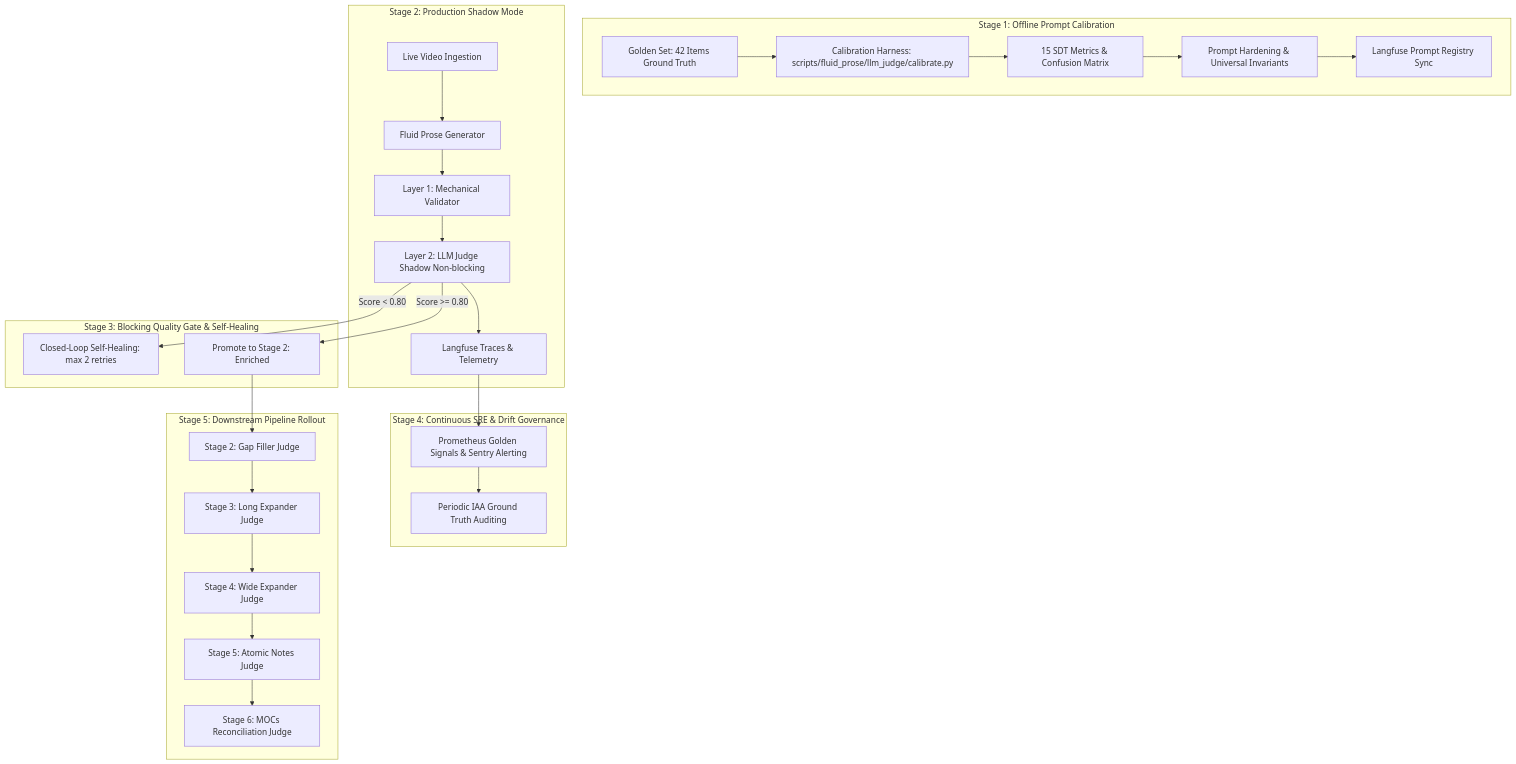
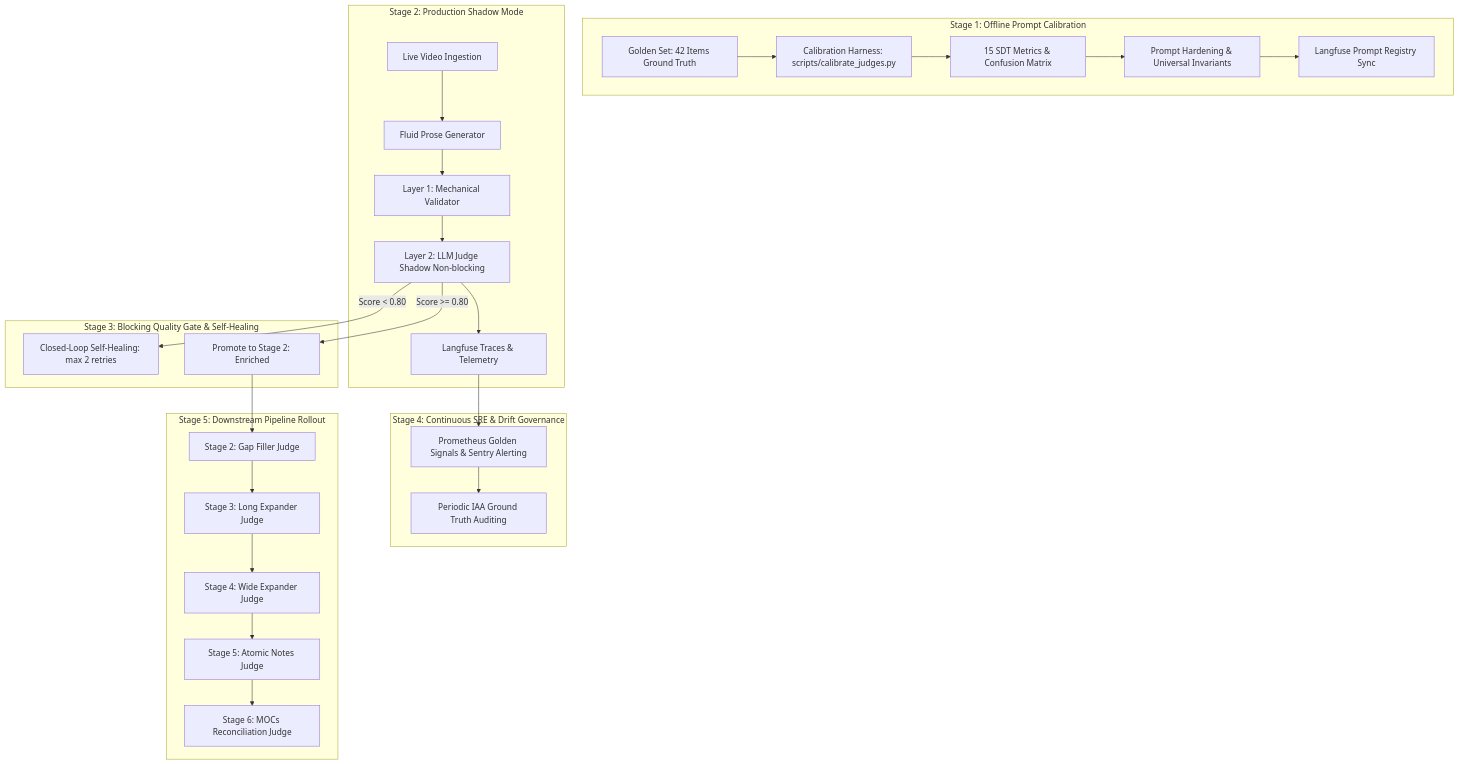
The diagram in docs/adr/ADR-039-fluid-prose-canonical-judge-criteria-and-mechanical-gates.md (faustostangler/PES), drawn with Mermaid before and after one commit. The commit also changed other lines of this file and 14 other files, not shown here.

Commit message:
feat: establish canonical fluid prose judge criteria, calibration harness, and mechanical gates

````diff
--- a/docs/adr/ADR-039-fluid-prose-canonical-judge-criteria-and-mechanical-gates.md
+++ b/docs/adr/ADR-039-fluid-prose-canonical-judge-criteria-and-mechanical-gates.md
@@ -30,34 +30,34 @@
 ```mermaid
 graph TD
     subgraph "Stage 1: Offline Prompt Calibration"
-        GS[Golden Set: 42 Items Ground Truth] --> CAL[Calibration Harness: scripts/fluid_prose/llm_judge/calibrate.py]
+        GS[Golden Set: 42 Items Ground Truth] --> CAL[Calibration Harness: scripts/calibrate_judges.py]
         CAL --> SDT[15 SDT Metrics & Confusion Matrix]
         SDT --> OPT[Prompt Hardening & Universal Invariants]
         OPT --> SEED[Langfuse Prompt Registry Sync]
     end
 
     subgraph "Stage 2: Production Shadow Mode"
         PROD[Live Video Ingestion] --> ST1[Fluid Prose Generator]
         ST1 --> L1[Layer 1: Mechanical Validator]
         L1 --> L2[Layer 2: LLM Judge Shadow Non-blocking]
         L2 --> LF[Langfuse Traces & Telemetry]
     end
 
     subgraph "Stage 3: Blocking Quality Gate & Self-Healing"
         L2 -->|Score < 0.80| RETRY[Closed-Loop Self-Healing: max 2 retries]
         L2 -->|Score >= 0.80| APPR[Promote to Stage 2: Enriched]
     end
 
     subgraph "Stage 4: Continuous SRE & Drift Governance"
         LF --> PROM[Prometheus Golden Signals & Sentry Alerting]
         PROM --> AUDIT[Periodic IAA Ground Truth Auditing]
     end
 
     subgraph "Stage 5: Downstream Pipeline Rollout"
         APPR --> NEXT1[Stage 2: Gap Filler Judge]
         NEXT1 --> NEXT2[Stage 3: Long Expander Judge]
         NEXT2 --> NEXT3[Stage 4: Wide Expander Judge]
         NEXT3 --> NEXT4[Stage 5: Atomic Notes Judge]
         NEXT4 --> NEXT5[Stage 6: MOCs Reconciliation Judge]
     end
 ```
````
